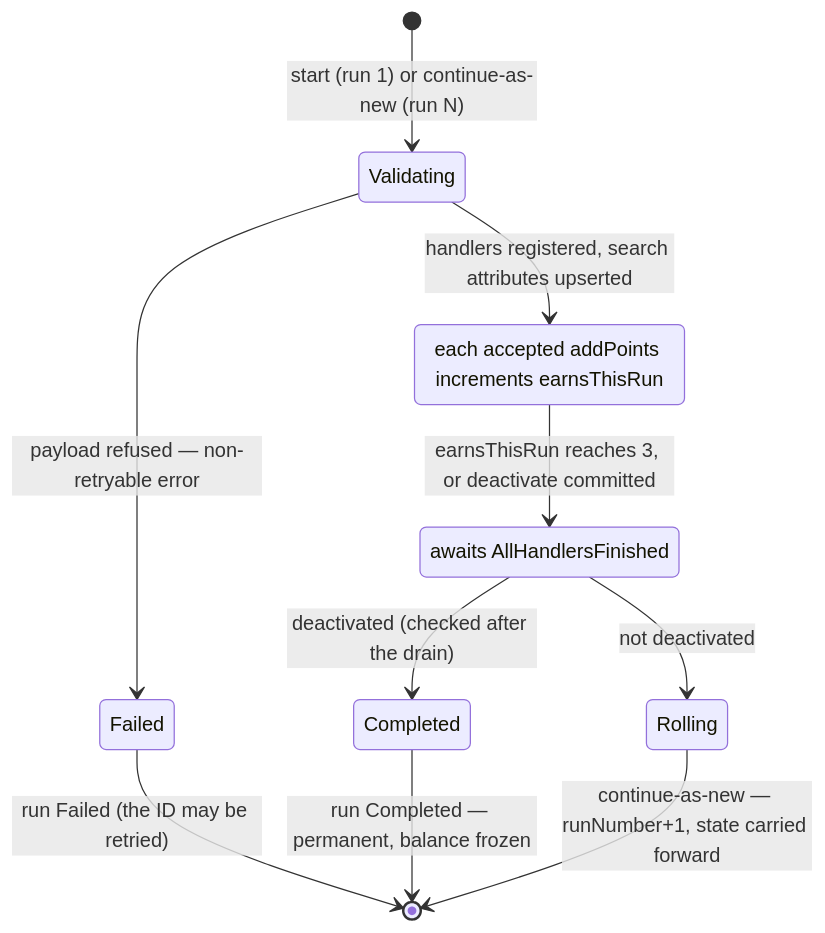
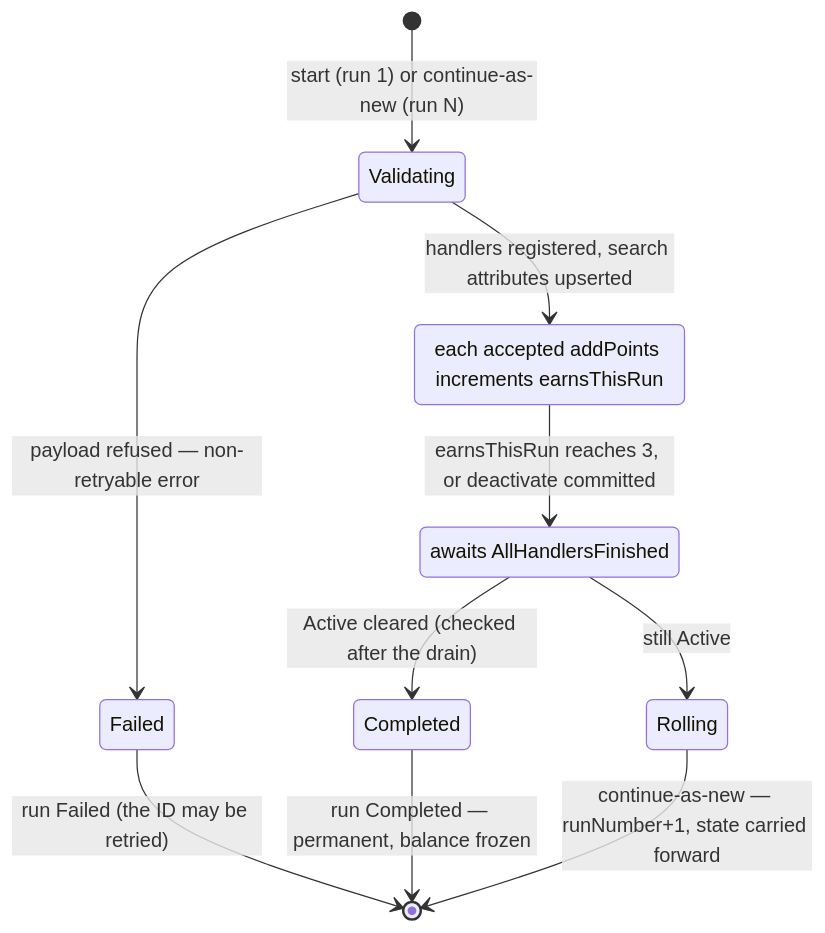
The second of 4 diagrams in docs/architecture.md (anthonywittig/rewards-poc), drawn with Mermaid before and after one commit. The commit also changed other lines of this file and 4 other files, not shown here.

First line of the commit message:
Rename CustomerState membership flag from Deactivated to Active.

````diff
--- a/docs/architecture.md
+++ b/docs/architecture.md
@@ -53,17 +53,17 @@
 ```mermaid
 stateDiagram-v2
     [*] --> Validating : start (run 1) or continue-as-new (run N)
     Validating --> Failed : payload refused — non-retryable error
     Failed --> [*] : run Failed (the ID may be retried)
 
     Validating --> Accepting : handlers registered, search attributes upserted
     Accepting : each accepted addPoints increments earnsThisRun
     Accepting --> Draining : earnsThisRun reaches 3, or deactivate committed
     Draining : awaits AllHandlersFinished
 
-    Draining --> Completed : deactivated (checked after the drain)
+    Draining --> Completed : Active cleared (checked after the drain)
     Completed --> [*] : run Completed — permanent, balance frozen
 
-    Draining --> Rolling : not deactivated
+    Draining --> Rolling : still Active
     Rolling --> [*] : continue-as-new — runNumber+1, state carried forward
 ```
````
